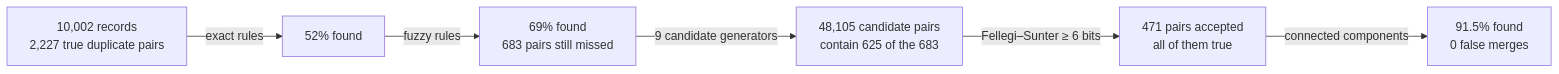
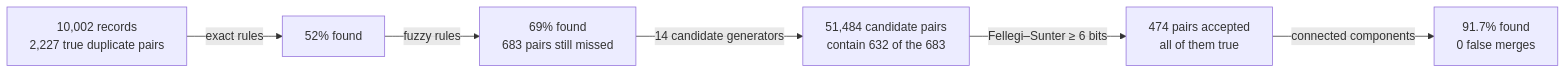
The diagram in README.md (mvsbm/entity_matching), drawn with Mermaid before and after one commit. The commit also changed other lines of this file and 20 other files, not shown here.

````diff
--- a/README.md
+++ b/README.md
@@ -47,8 +47,8 @@
 ```mermaid
 flowchart LR
   A["10,002 records<br/>2,227 true duplicate pairs"] -->|"exact rules"| B["52% found"]
   B -->|"fuzzy rules"| C["69% found<br/>683 pairs still missed"]
-  C -->|"9 candidate generators"| D["48,105 candidate pairs<br/>contain 625 of the 683"]
-  D -->|"Fellegi–Sunter ≥ 6 bits"| E["471 pairs accepted<br/>all of them true"]
-  E -->|"connected components"| F["91.5% found<br/>0 false merges"]
+  C -->|"14 candidate generators"| D["51,484 candidate pairs<br/>contain 632 of the 683"]
+  D -->|"Fellegi–Sunter ≥ 6 bits"| E["474 pairs accepted<br/>all of them true"]
+  E -->|"connected components"| F["91.7% found<br/>0 false merges"]
 ```
````
